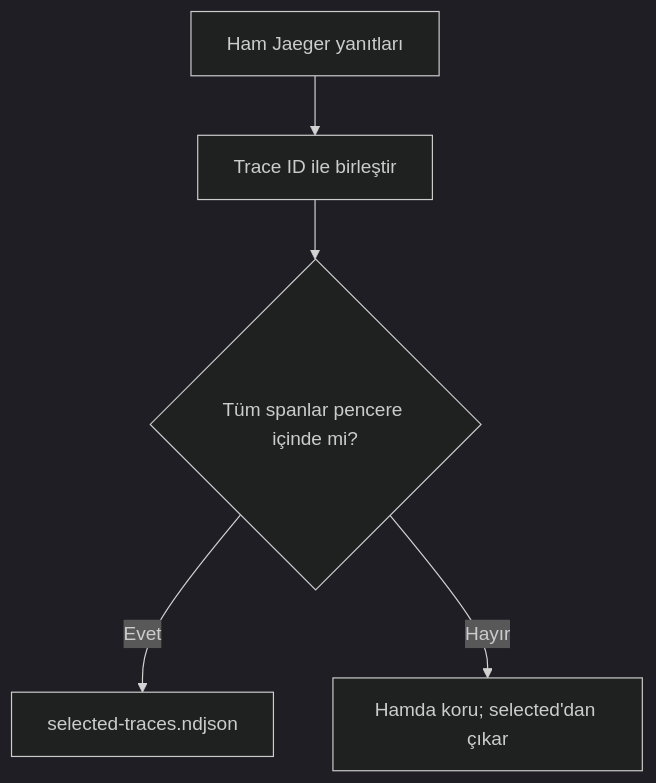
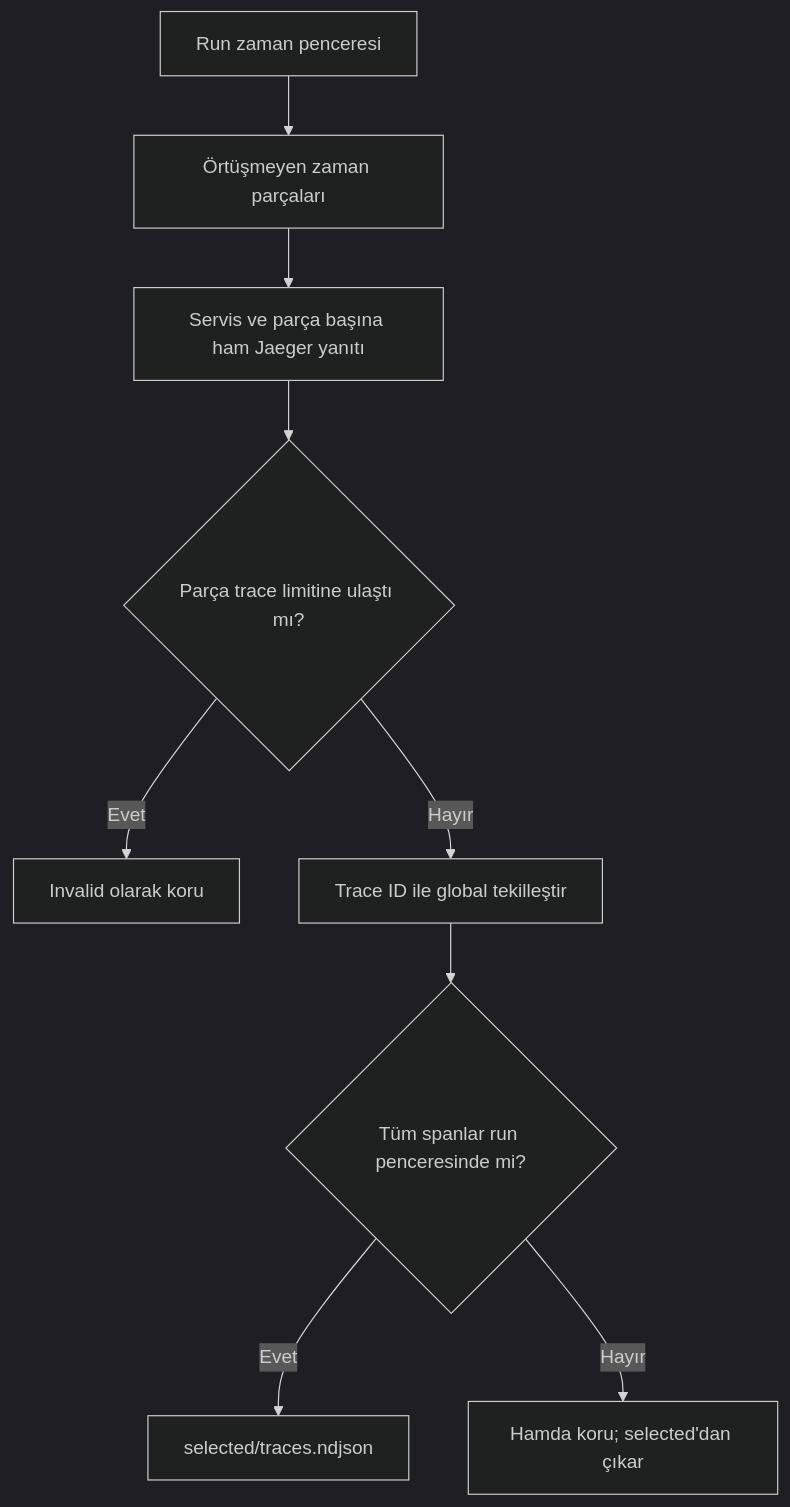
Before and after one commit to umutzaif/proactive-microservice-failure-research: the second of 2 diagrams in docs/researcher-datasheets/07-metric-trace-export.md, drawn with Mermaid (dark theme). The commit also changed other lines of this file and 17 other files, not shown here.

````diff
--- a/docs/researcher-datasheets/07-metric-trace-export.md
+++ b/docs/researcher-datasheets/07-metric-trace-export.md
@@ -51,7 +56,11 @@
 ```mermaid
 flowchart TD
-  A["Ham Jaeger yanıtları"] --> B["Trace ID ile birleştir"]
-  B --> C{"Tüm spanlar pencere içinde mi?"}
-  C -- Evet --> D["selected-traces.ndjson"]
-  C -- Hayır --> E["Hamda koru; selected'dan çıkar"]
+  A["Run zaman penceresi"] --> B["Örtüşmeyen zaman parçaları"]
+  B --> C["Servis ve parça başına ham Jaeger yanıtı"]
+  C --> D{"Parça trace limitine ulaştı mı?"}
+  D -- Evet --> E["Invalid olarak koru"]
+  D -- Hayır --> F["Trace ID ile global tekilleştir"]
+  F --> G{"Tüm spanlar run penceresinde mi?"}
+  G -- Evet --> H["selected/traces.ndjson"]
+  G -- Hayır --> I["Hamda koru; selected'dan çıkar"]
 ```
````
